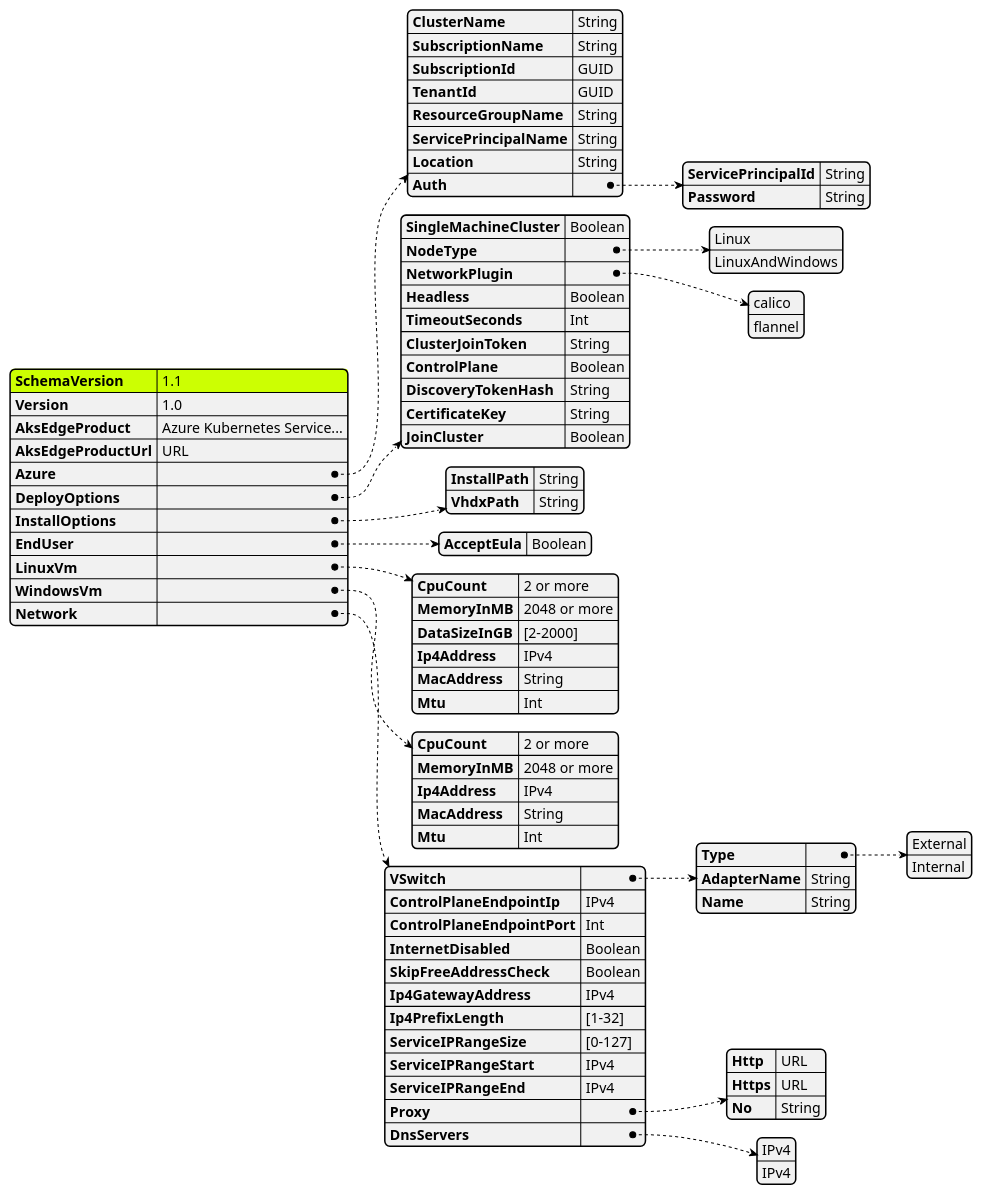
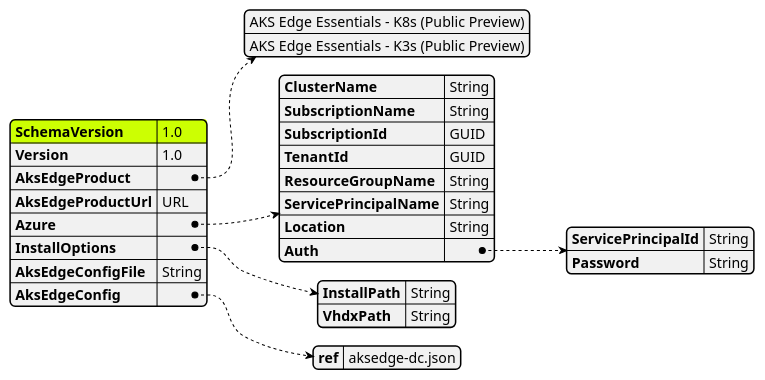
One commit to Azure/AKS-Edge changed the diagram in tools/modules/AksEdgeDeploy/aide-userconfig.puml. Above: the diagram before and after it, drawn with PlantUML. The commit also changed 27 other files, not shown here.

```diff
--- a/tools/modules/AksEdgeDeploy/aide-userconfig.puml
+++ b/tools/modules/AksEdgeDeploy/aide-userconfig.puml
@@ -1,110 +1,59 @@
 @startjson AksEdgeDeploy
 <style>
 jsonDiagram {
     node {
         FontName Segoe UI SemiBold
         FontColor blue
         FontSize 14
         RoundCorner 10
         LineThickness 1
         separator {
             LineThickness 0.25
             LineColor black
         }
     }
     arrow {
         LineColor blue
         LineThickness 1
         LineStyle 2;5
     }
     highlight {
         BackgroundColor Blue
         FontColor White
     }
 }
 </style>
 #highlight "SchemaVersion"
 {
-    "SchemaVersion":"1.1",
+    "SchemaVersion":"1.0",
     "Version":"1.0",
-    "AksEdgeProduct" : "Azure Kubernetes Service...",
+    "AksEdgeProduct" : [
+                "AKS Edge Essentials - K8s (Public Preview)",
+                "AKS Edge Essentials - K3s (Public Preview)"
+            ],
     "AksEdgeProductUrl" : "URL",
     "Azure":{
         "ClusterName":"String",
         "SubscriptionName":"String",
         "SubscriptionId": "GUID",
         "TenantId":"GUID",
         "ResourceGroupName": "String",
         "ServicePrincipalName" : "String",
         "Location" : "String",
         "Auth": {
             "ServicePrincipalId" : "String",
             "Password" : "String"
         }
     }
     ,
-    "DeployOptions":{
-        "SingleMachineCluster":"Boolean",
-        "NodeType" : ["Linux","LinuxAndWindows"],
-        "NetworkPlugin" : ["calico", "flannel"],
-        "Headless":"Boolean",
-        "TimeoutSeconds":"Int",
-        "ClusterJoinToken": "String",
-        "ControlPlane": "Boolean",
-        "DiscoveryTokenHash": "String",
-        "CertificateKey":"String",
-        "JoinCluster": "Boolean"
-    }
-    ,
     "InstallOptions":{
         "InstallPath":"String",
         "VhdxPath":"String"
     }
     ,
-    "EndUser":{
-        "AcceptEula" : "Boolean"
-    }
-    ,
-    "LinuxVm":{
-        "CpuCount" : "2 or more",
-        "MemoryInMB" : "2048 or more",
-        "DataSizeInGB" : "[2-2000]",
-        "Ip4Address": "IPv4",
-        "MacAddress": "String",
-        "Mtu": "Int"
-    }
-    ,
-    "WindowsVm":{
-        "CpuCount" : "2 or more",
-        "MemoryInMB" : "2048 or more",
-        "Ip4Address": "IPv4",
-        "MacAddress": "String",
-        "Mtu": "Int"
-    }
-    ,
-    "Network":{
-        "VSwitch": {
-            "Type" : ["External", "Internal"],
-            "AdapterName": "String",
-            "Name" : "String"
-        }
-        ,
-        "ControlPlaneEndpointIp":"IPv4",
-        "ControlPlaneEndpointPort": "Int",
-        "InternetDisabled" : "Boolean",
-        "SkipFreeAddressCheck" : "Boolean",
-        "Ip4GatewayAddress": "IPv4",
-        "Ip4PrefixLength" : "[1-32]",
-        "ServiceIPRangeSize" : "[0-127]",
-        "ServiceIPRangeStart":"IPv4",
-        "ServiceIPRangeEnd":"IPv4",
-        "Proxy" : {
-            "Http":"URL",
-            "Https":"URL",
-            "No":"String"
-        }
-        ,
-        "DnsServers":["IPv4","IPv4"]
+    "AksEdgeConfigFile":"String",
+    "AksEdgeConfig":{
+        "ref" :"aksedge-dc.json"
     }
 }
 @endjson
```
